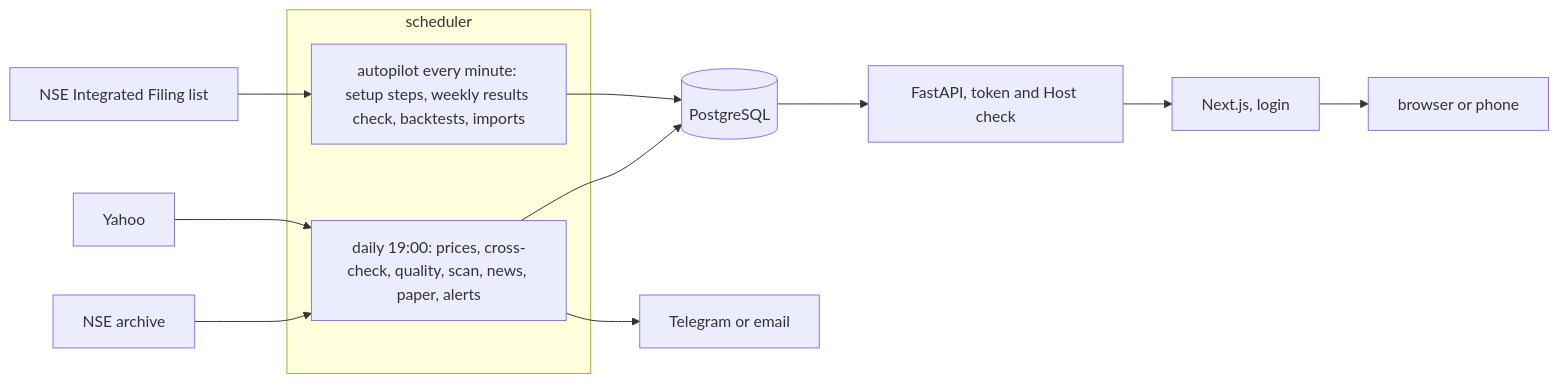
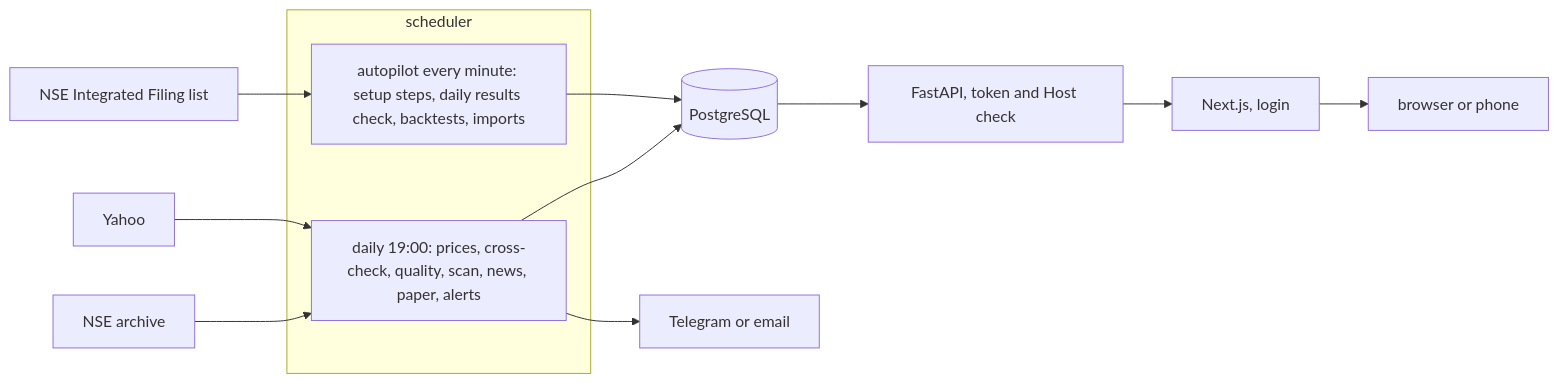
Before and after one commit to Abhishek18071999/Jeron: the diagram in docs/plans/platform-review-v5.md, drawn with Mermaid. The commit also changed other lines of this file and 6 other files, not shown here.

First line of the commit message:
Check for new results daily, 200 days back, as PR #57 proposed

````diff
--- a/docs/plans/platform-review-v5.md
+++ b/docs/plans/platform-review-v5.md
@@ -81,14 +81,14 @@
 ```mermaid
 flowchart LR
   NSE[NSE archive] --> daily
   Yahoo --> daily
   subgraph scheduler
     daily[daily 19:00: prices, cross-check, quality, scan, news, paper, alerts]
-    autopilot[autopilot every minute: setup steps, weekly results check, backtests, imports]
+    autopilot[autopilot every minute: setup steps, daily results check, backtests, imports]
   end
   NSEint[NSE Integrated Filing list] --> autopilot
   daily --> db[(PostgreSQL)]
   autopilot --> db
   db --> api[FastAPI, token and Host check] --> web[Next.js, login] --> owner[browser or phone]
   daily --> alerts[Telegram or email]
 ```
````
